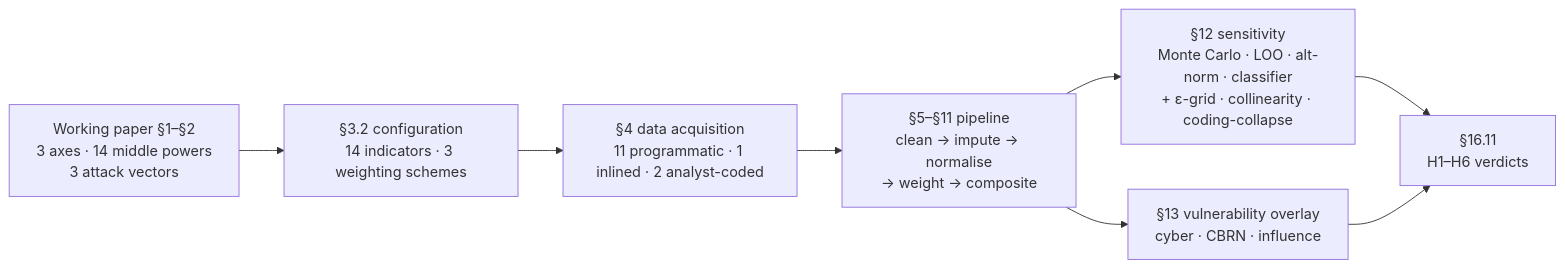
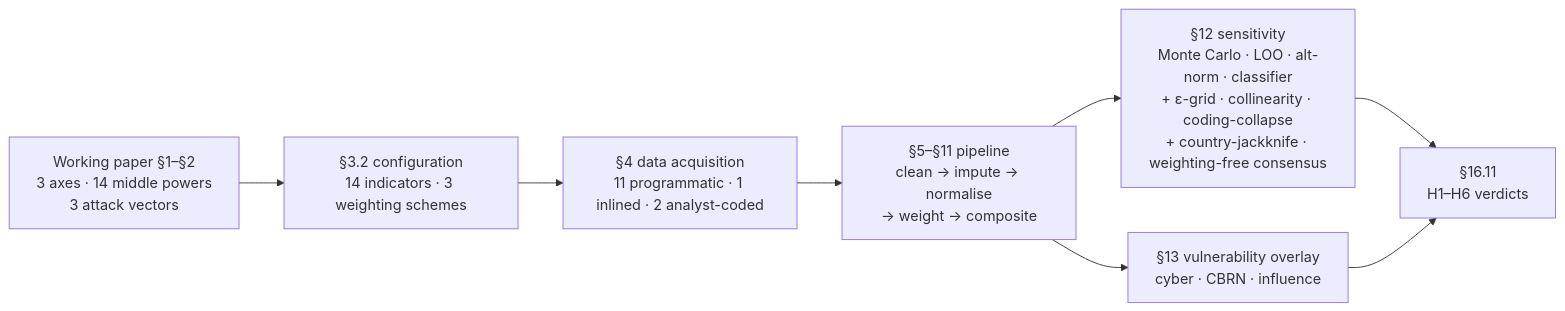
The diagram in README.md (khailapvuong/middle-powers-mpapi), drawn with Mermaid before and after one commit. The commit also changed other lines of this file and 85 other files, not shown here.

````diff
--- a/README.md
+++ b/README.md
@@ -105,15 +105,15 @@
 ```mermaid
 flowchart LR
   Paper["Working paper §1–§2<br/>3 axes · 14 middle powers<br/>3 attack vectors"]
   Config["§3.2 configuration<br/>14 indicators · 3 weighting schemes"]
   Acq["§4 data acquisition<br/>11 programmatic · 1 inlined · 2 analyst-coded"]
   Pipeline["§5–§11 pipeline<br/>clean → impute → normalise<br/>→ weight → composite"]
-  Sens["§12 sensitivity<br/>Monte Carlo · LOO · alt-norm · classifier<br/>+ ε-grid · collinearity · coding-collapse"]
+  Sens["§12 sensitivity<br/>Monte Carlo · LOO · alt-norm · classifier<br/>+ ε-grid · collinearity · coding-collapse<br/>+ country-jackknife · weighting-free consensus"]
   Overlay["§13 vulnerability overlay<br/>cyber · CBRN · influence"]
   Verdicts["§16.11<br/>H1–H6 verdicts"]
   Paper --> Config --> Acq --> Pipeline
   Pipeline --> Sens
   Pipeline --> Overlay
   Sens --> Verdicts
   Overlay --> Verdicts
 ```
````
